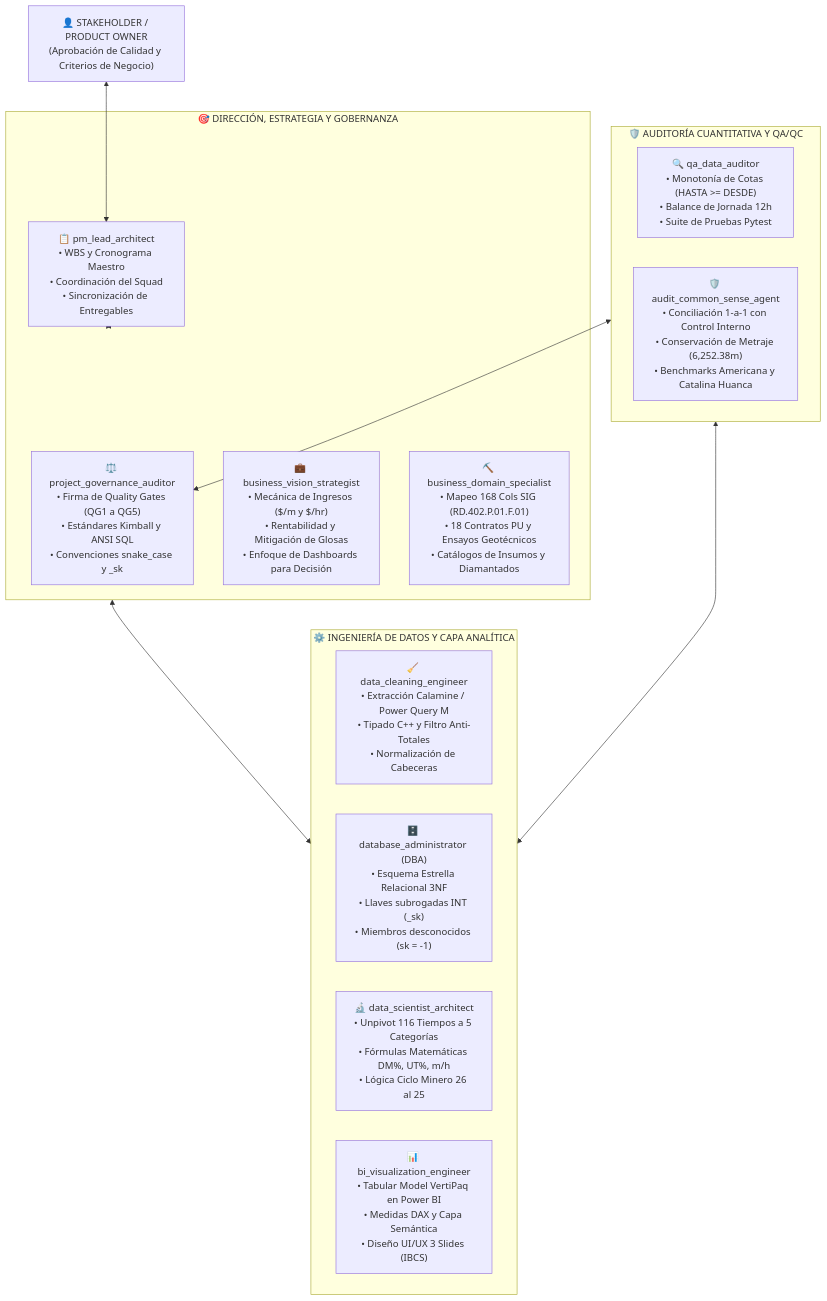
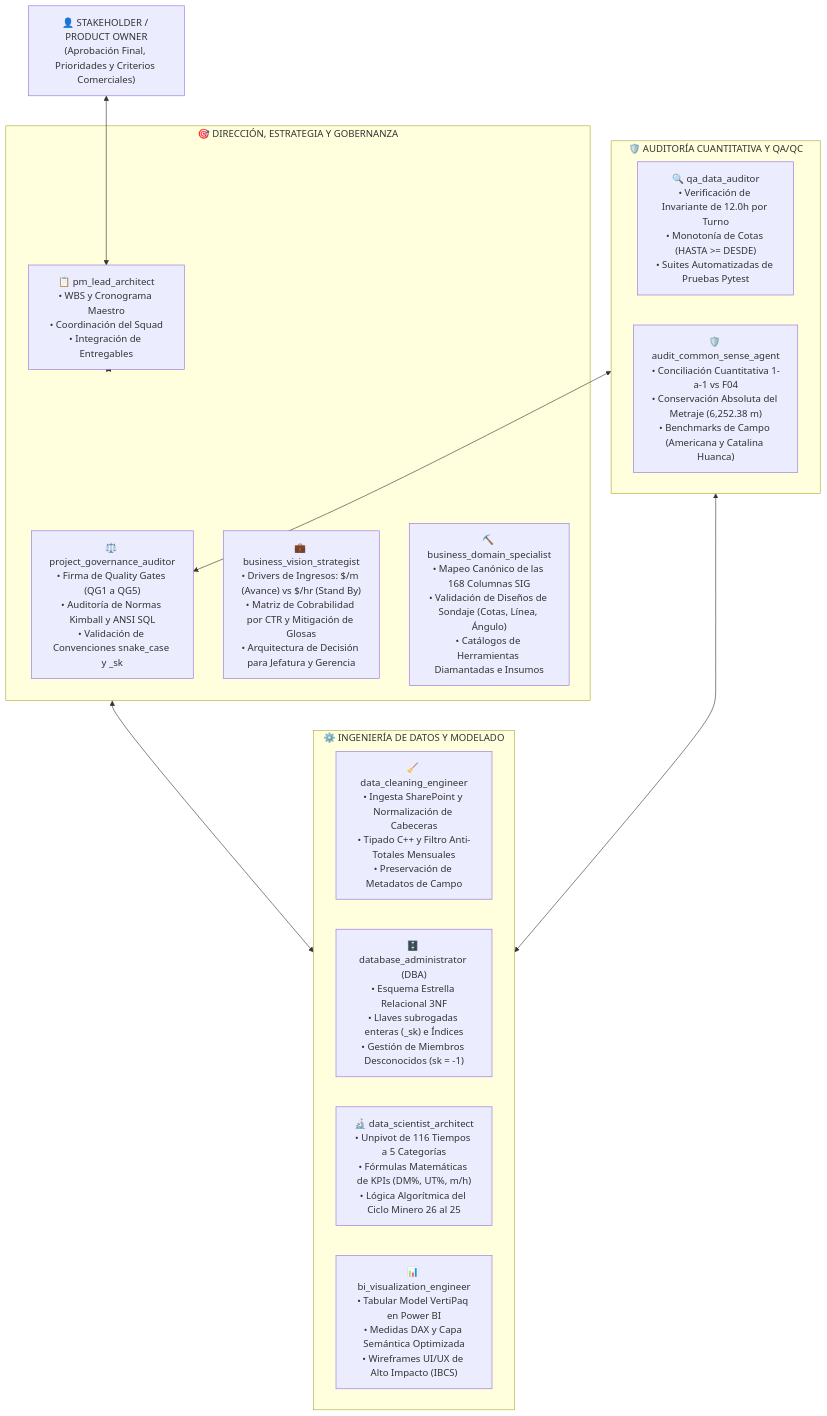
One commit to chihuacoaudaz-png/revision-detallado changed the first of 4 diagrams in planes/01_PLAN_IMPLEMENTACION_FASE_2_MODELADO_DIMENSIONAL.md. Above: the diagram before and after it, drawn with Mermaid. The commit also changed other lines of this file and 7830 other files, not shown here.

Commit message:
feat(cierre-2026-09-02): integracion metas oficiales, correccion regional en-US PBI, esquema estrella 16 relaciones y agente finalizador

````diff
--- a/planes/01_PLAN_IMPLEMENTACION_FASE_2_MODELADO_DIMENSIONAL.md
+++ b/planes/01_PLAN_IMPLEMENTACION_FASE_2_MODELADO_DIMENSIONAL.md
@@ -15,29 +16,29 @@
 ```mermaid
 flowchart TD
-    USER["👤 STAKEHOLDER / PRODUCT OWNER<br/>(Aprobación de Calidad y Criterios de Negocio)"]
+    USER["👤 STAKEHOLDER / PRODUCT OWNER<br/>(Aprobación Final, Prioridades y Criterios Comerciales)"]
 
     subgraph DIRECCION ["🎯 DIRECCIÓN, ESTRATEGIA Y GOBERNANZA"]
-        PM["📋 pm_lead_architect<br/>• WBS y Cronograma Maestro<br/>• Coordinación del Squad<br/>• Sincronización de Entregables"]
-        GOV["⚖️ project_governance_auditor<br/>• Firma de Quality Gates (QG1 a QG5)<br/>• Estándares Kimball y ANSI SQL<br/>• Convenciones snake_case y _sk"]
-        VIS["💼 business_vision_strategist<br/>• Mecánica de Ingresos ($/m y $/hr)<br/>• Rentabilidad y Mitigación de Glosas<br/>• Enfoque de Dashboards para Decisión"]
-        DOM["⛏️ business_domain_specialist<br/>• Mapeo 168 Cols SIG (RD.402.P.01.F.01)<br/>• 18 Contratos PU y Ensayos Geotécnicos<br/>• Catálogos de Insumos y Diamantados"]
+        PM["📋 pm_lead_architect<br/>• WBS y Cronograma Maestro<br/>• Coordinación del Squad<br/>• Integración de Entregables"]
+        GOV["⚖️ project_governance_auditor<br/>• Firma de Quality Gates (QG1 a QG5)<br/>• Auditoría de Normas Kimball y ANSI SQL<br/>• Validación de Convenciones snake_case y _sk"]
+        VIS["💼 business_vision_strategist<br/>• Drivers de Ingresos: $/m (Avance) vs $/hr (Stand By)<br/>• Matriz de Cobrabilidad por CTR y Mitigación de Glosas<br/>• Arquitectura de Decisión para Jefatura y Gerencia"]
+        DOM["⛏️ business_domain_specialist<br/>• Mapeo Canónico de las 168 Columnas SIG<br/>• Validación de Diseños de Sondaje (Cotas, Línea, Ángulo)<br/>• Catálogos de Herramientas Diamantadas e Insumos"]
     end
 
-    subgraph INGENIERIA ["⚙️ INGENIERÍA DE DATOS Y CAPA ANALÍTICA"]
-        CLEAN["🧹 data_cleaning_engineer<br/>• Extracción Calamine / Power Query M<br/>• Tipado C++ y Filtro Anti-Totales<br/>• Normalización de Cabeceras"]
-        DBA["🗄️ database_administrator (DBA)<br/>• Esquema Estrella Relacional 3NF<br/>• Llaves subrogadas INT (_sk)<br/>• Miembros desconocidos (sk = -1)"]
-        DS["🔬 data_scientist_architect<br/>• Unpivot 116 Tiempos a 5 Categorías<br/>• Fórmulas Matemáticas DM%, UT%, m/h<br/>• Lógica Ciclo Minero 26 al 25"]
-        BI["📊 bi_visualization_engineer<br/>• Tabular Model VertiPaq en Power BI<br/>• Medidas DAX y Capa Semántica<br/>• Diseño UI/UX 3 Slides (IBCS)"]
+    subgraph INGENIERIA ["⚙️ INGENIERÍA DE DATOS Y MODELADO"]
+        CLEAN["🧹 data_cleaning_engineer<br/>• Ingesta SharePoint y Normalización de Cabeceras<br/>• Tipado C++ y Filtro Anti-Totales Mensuales<br/>• Preservación de Metadatos de Campo"]
+        DBA["🗄️ database_administrator (DBA)<br/>• Esquema Estrella Relacional 3NF<br/>• Llaves subrogadas enteras (_sk) e Índices<br/>• Gestión de Miembros Desconocidos (sk = -1)"]
+        DS["🔬 data_scientist_architect<br/>• Unpivot de 116 Tiempos a 5 Categorías<br/>• Fórmulas Matemáticas de KPIs (DM%, UT%, m/h)<br/>• Lógica Algorítmica del Ciclo Minero 26 al 25"]
+        BI["📊 bi_visualization_engineer<br/>• Tabular Model VertiPaq en Power BI<br/>• Medidas DAX y Capa Semántica Optimizada<br/>• Wireframes UI/UX de Alto Impacto (IBCS)"]
     end
 
     subgraph AUDITORIA ["🛡️ AUDITORÍA CUANTITATIVA Y QA/QC"]
-        QA["🔍 qa_data_auditor<br/>• Monotonía de Cotas (HASTA >= DESDE)<br/>• Balance de Jornada 12h<br/>• Suite de Pruebas Pytest"]
-        SENSE["🛡️ audit_common_sense_agent<br/>• Conciliación 1-a-1 con Control Interno<br/>• Conservación de Metraje (6,252.38m)<br/>• Benchmarks Americana y Catalina Huanca"]
+        QA["🔍 qa_data_auditor<br/>• Verificación de Invariante de 12.0h por Turno<br/>• Monotonía de Cotas (HASTA >= DESDE)<br/>• Suites Automatizadas de Pruebas Pytest"]
+        SENSE["🛡️ audit_common_sense_agent<br/>• Conciliación Cuantitativa 1-a-1 vs F04<br/>• Conservación Absoluta del Metraje (6,252.38 m)<br/>• Benchmarks de Campo (Americana y Catalina Huanca)"]
     end
 
     USER <--> PM
     PM <--> DIRECCION
     DIRECCION <--> INGENIERIA
     INGENIERIA <--> AUDITORIA
     AUDITORIA <--> GOV
 ```
````
